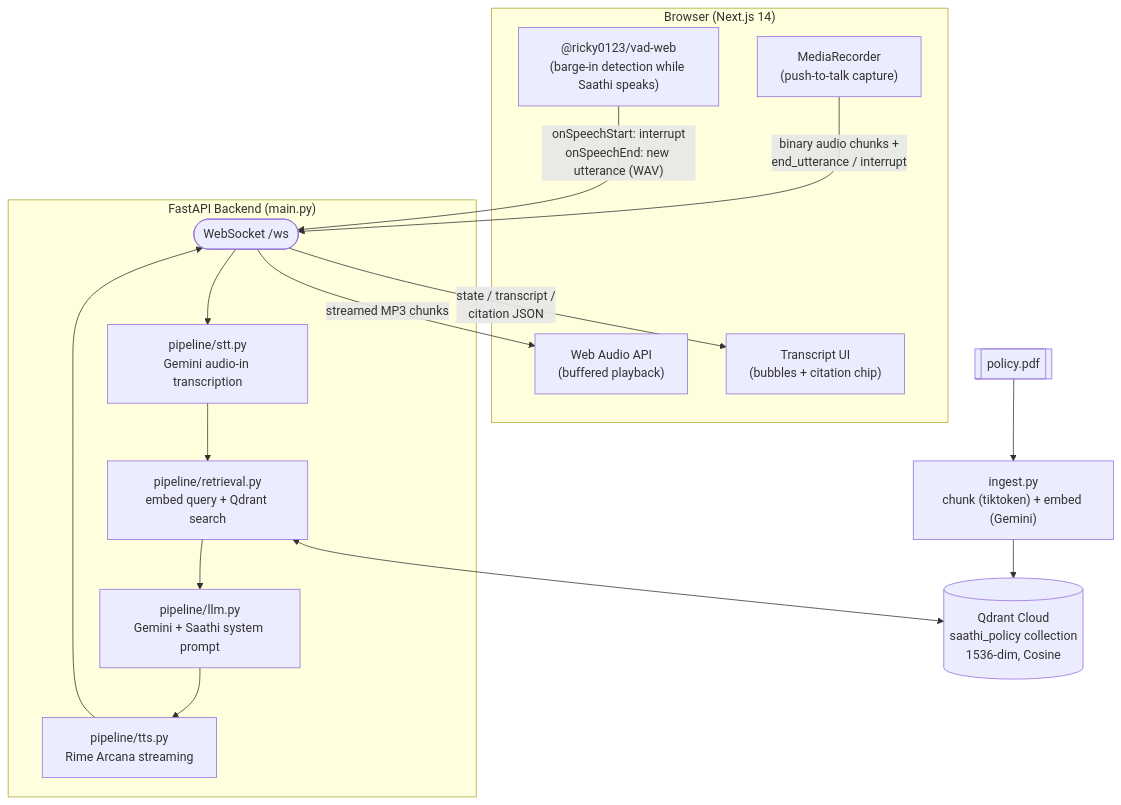
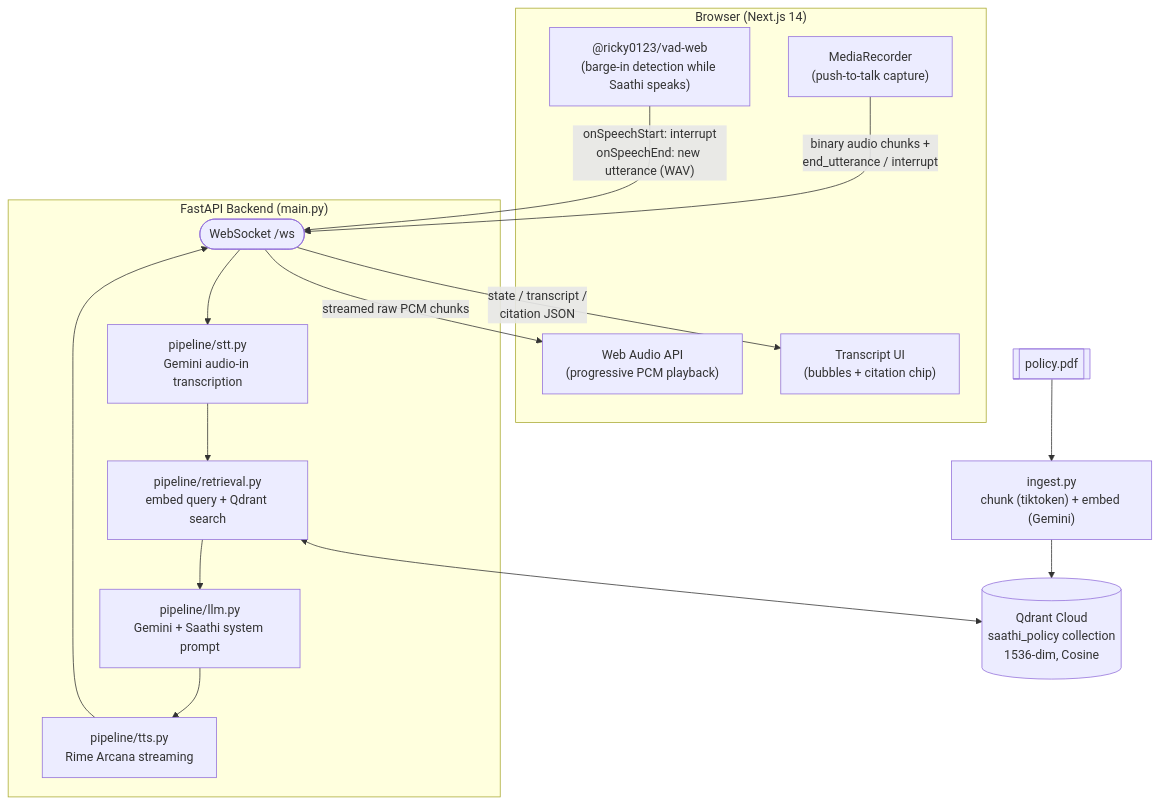
Before and after one commit to rudranhk/starforge-project-saathi: the diagram in README.md, drawn with Mermaid. The commit also changed other lines of this file and 2 other files, not shown here.

First line of the commit message:
perf: stream TTS as raw PCM for near-instant playback start

````diff
--- a/README.md
+++ b/README.md
@@ -53,30 +53,30 @@
 ```mermaid
 flowchart TB
     subgraph Browser["Browser (Next.js 14)"]
         Mic["MediaRecorder<br/>(push-to-talk capture)"]
         VAD["@ricky0123/vad-web<br/>(barge-in detection while Saathi speaks)"]
-        Player["Web Audio API<br/>(buffered playback)"]
+        Player["Web Audio API<br/>(progressive PCM playback)"]
         UI["Transcript UI<br/>(bubbles + citation chip)"]
     end
 
     subgraph Backend["FastAPI Backend (main.py)"]
         WS(["WebSocket /ws"])
         STT["pipeline/stt.py<br/>Gemini audio-in transcription"]
         RET["pipeline/retrieval.py<br/>embed query + Qdrant search"]
         LLM["pipeline/llm.py<br/>Gemini + Saathi system prompt"]
         TTS["pipeline/tts.py<br/>Rime Arcana streaming"]
     end
 
     Qdrant[("Qdrant Cloud<br/>saathi_policy collection<br/>1536-dim, Cosine")]
     PDF[["policy.pdf"]]
     Ingest["ingest.py<br/>chunk (tiktoken) + embed (Gemini)"]
 
     Mic -- "binary audio chunks +\nend_utterance / interrupt" --> WS
     VAD -- "onSpeechStart: interrupt\nonSpeechEnd: new utterance (WAV)" --> WS
     WS -- "state / transcript /\ncitation JSON" --> UI
-    WS -- "streamed MP3 chunks" --> Player
+    WS -- "streamed raw PCM chunks" --> Player
 
     WS --> STT --> RET --> LLM --> TTS --> WS
     RET <--> Qdrant
     PDF --> Ingest --> Qdrant
 ```
````
